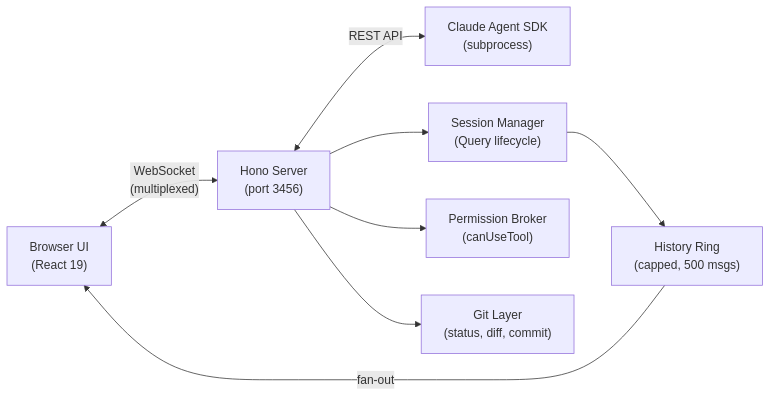
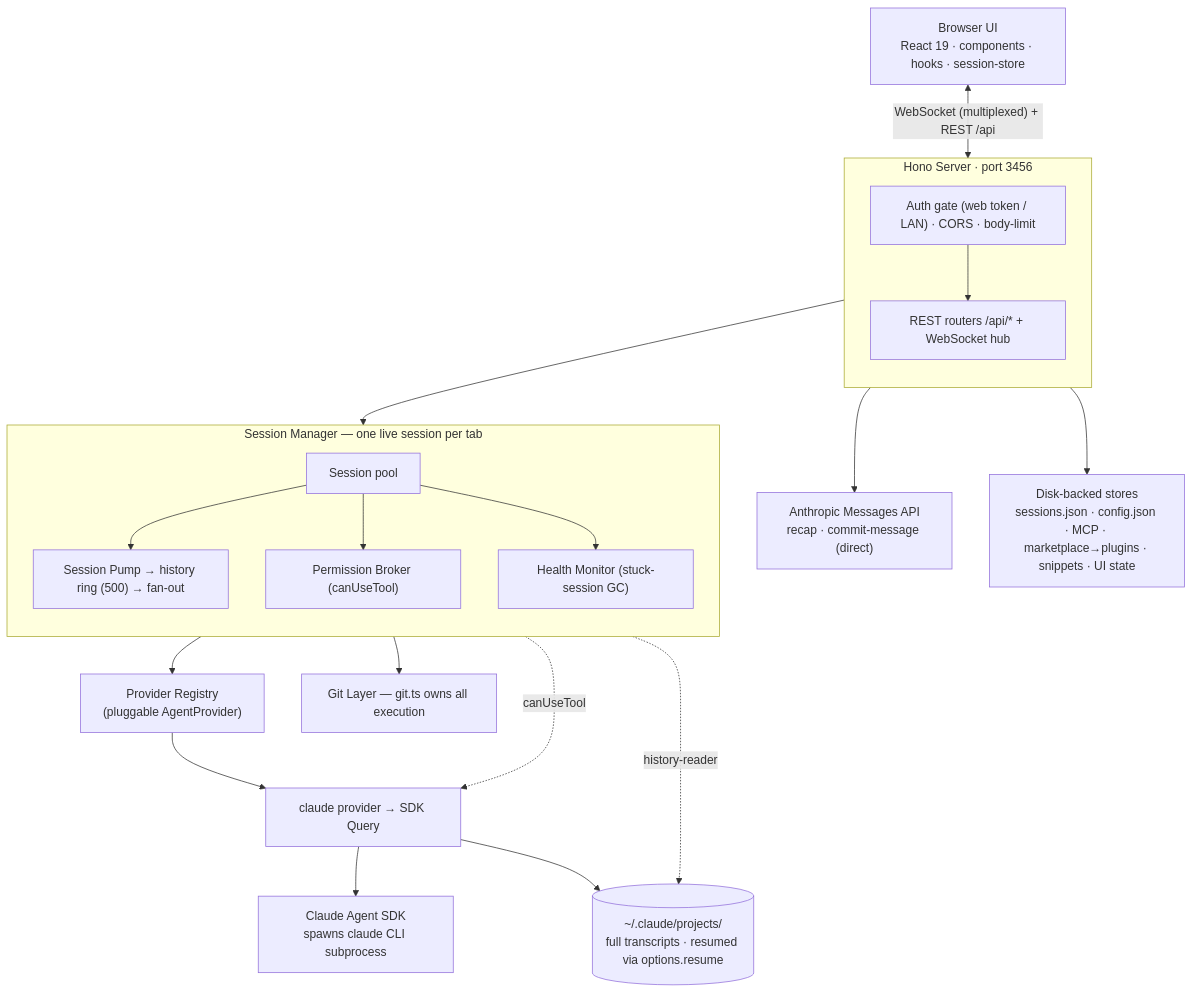
Before and after one commit to LoopGe/claude-react-web: the diagram in README.md, drawn with Mermaid. The commit also changed other lines of this file and 1 other file, not shown here.

First line of the commit message:
docs: refresh architecture diagram and CLAUDE.md to match current codebase

````diff
--- a/README.md
+++ b/README.md
@@ -137,10 +137,38 @@
 ```mermaid
-graph LR
-    Browser["Browser UI<br/>(React 19)"] <-->|"WebSocket<br/>(multiplexed)"| Server["Hono Server<br/>(port 3456)"]
-    Server <-->|"REST API"| SDK["Claude Agent SDK<br/>(subprocess)"]
-    Server --> Sessions["Session Manager<br/>(Query lifecycle)"]
-    Server --> Permissions["Permission Broker<br/>(canUseTool)"]
-    Server --> Git["Git Layer<br/>(status, diff, commit)"]
-    Sessions --> History["History Ring<br/>(capped, 500 msgs)"]
-    History -->|"fan-out"| Browser
+graph TB
+  Browser["Browser UI<br/>React 19 · components · hooks · session-store"]
+  Browser <-->|"WebSocket (multiplexed) + REST /api"| Routers
+
+  subgraph Server["Hono Server · port 3456"]
+    direction TB
+    Gate["Auth gate (web token / LAN) · CORS · body-limit"]
+    Routers["REST routers /api/* + WebSocket hub"]
+    Gate --> Routers
+  end
+
+  subgraph SM["Session Manager — one live session per tab"]
+    direction TB
+    Pool["Session pool"]
+    Pump["Session Pump → history ring (500) → fan-out"]
+    Broker["Permission Broker (canUseTool)"]
+    Health["Health Monitor (stuck-session GC)"]
+    Pool --> Pump & Broker & Health
+  end
+
+  Reg["Provider Registry<br/>(pluggable AgentProvider)"]
+  Claude["claude provider → SDK Query"]
+  SDK["Claude Agent SDK<br/>spawns claude CLI subprocess"]
+  Anthro["Anthropic Messages API<br/>recap · commit-message (direct)"]
+  Stores["Disk-backed stores<br/>sessions.json · config.json · MCP · marketplace→plugins · snippets · UI state"]
+  Git["Git Layer — git.ts owns all execution"]
+  Disk[("~/.claude/projects/<br/>full transcripts · resumed via options.resume")]
+
+  Routers --> Pool
+  Pool --> Reg --> Claude --> SDK
+  Broker -.->|canUseTool| Claude
+  Routers --> Anthro
+  Routers --> Stores
+  Pump --> Git
+  Claude --> Disk
+  Pump -.->|history-reader| Disk
 ```
````
